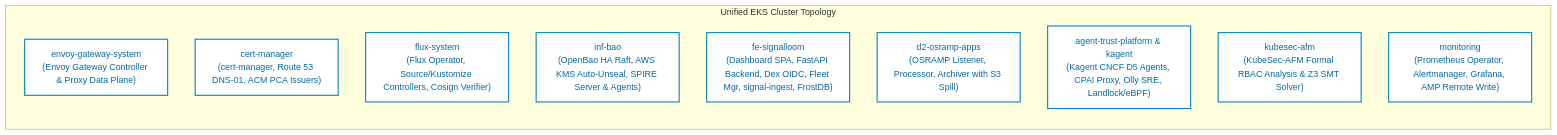
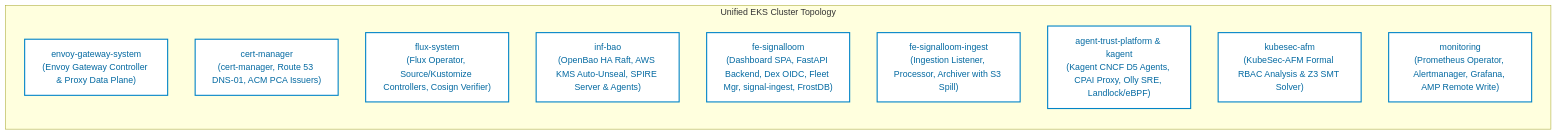
Before and after one commit to sublimino/architecture-as-code: the fourth of 5 diagrams in docs/aws-eks-architecture-specification.md, drawn with Mermaid. The commit also changed other lines of this file and 45 other files, not shown here.

Commit message:
docs: reconcile proposal cross-references, architecture flows, and evidence metadata

````diff
--- a/docs/aws-eks-architecture-specification.md
+++ b/docs/aws-eks-architecture-specification.md
@@ -292,18 +292,18 @@
 ```mermaid
 flowchart TD
   subgraph CLUSTER ["Unified EKS Cluster Topology"]
     direction TB
     NS1["envoy-gateway-system<br/>(Envoy Gateway Controller & Proxy Data Plane)"]
     NS2["cert-manager<br/>(cert-manager, Route 53 DNS-01, ACM PCA Issuers)"]
     NS3["flux-system<br/>(Flux Operator, Source/Kustomize Controllers, Cosign Verifier)"]
     NS4["inf-bao<br/>(OpenBao HA Raft, AWS KMS Auto-Unseal, SPIRE Server & Agents)"]
     NS5["fe-signalloom<br/>(Dashboard SPA, FastAPI Backend, Dex OIDC, Fleet Mgr, signal-ingest, FrostDB)"]
-    NS6["d2-osramp-apps<br/>(OSRAMP Listener, Processor, Archiver with S3 Spill)"]
+    NS6["fe-signalloom-ingest<br/>(Ingestion Listener, Processor, Archiver with S3 Spill)"]
     NS7["agent-trust-platform & kagent<br/>(Kagent CNCF D5 Agents, CPAI Proxy, Olly SRE, Landlock/eBPF)"]
     NS8["kubesec-afm<br/>(KubeSec-AFM Formal RBAC Analysis & Z3 SMT Solver)"]
     NS9["monitoring<br/>(Prometheus Operator, Alertmanager, Grafana, AMP Remote Write)"]
   end
 
   classDef ns fill:#ffffff,stroke:#0284c7,color:#0369a1,stroke-width:2px;
   class NS1,NS2,NS3,NS4,NS5,NS6,NS7,NS8,NS9 ns;
 ```
````
